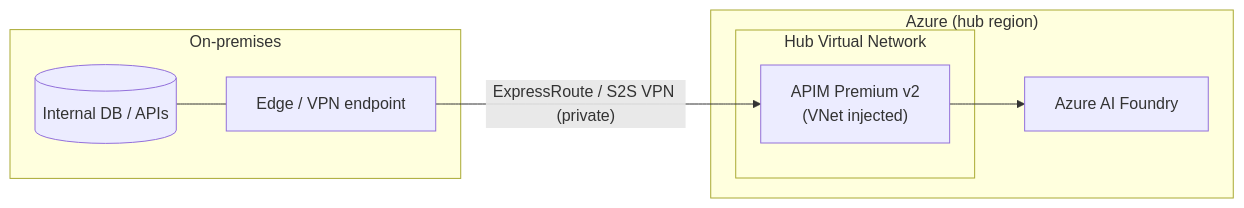
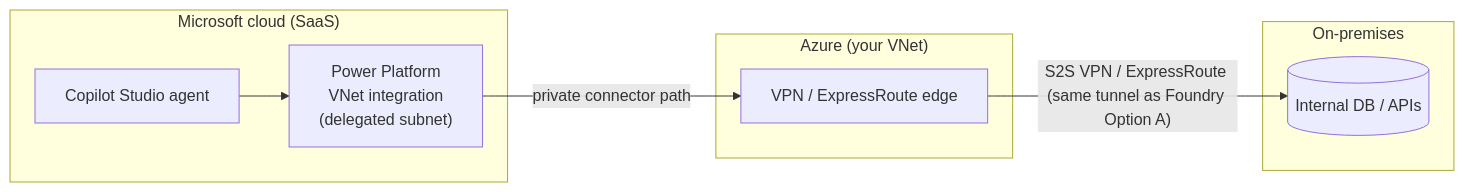
One commit to drewelewis/ai-hybrid-data-sources changed the fourth of 6 diagrams in README.md. Above: the diagram before and after it, drawn with Mermaid. The commit also changed other lines of this file and 6 other files, not shown here.

Commit message:
Rework README to platform-first (Foundry/Copilot) with options; APIM Premium v2 VNet-injected, remove test VM; add strongSwan guide updates

````diff
--- a/README.md
+++ b/README.md
@@ -209,18 +268,19 @@
 ```mermaid
 flowchart LR
+    subgraph M365["Microsoft cloud (SaaS)"]
+        CS["Copilot Studio agent"]
+        EP["Power Platform<br/>VNet integration<br/>(delegated subnet)"]
+        CS --> EP
+    end
+
+    subgraph Azure["Azure (your VNet)"]
+        Edge["VPN / ExpressRoute edge"]
+    end
+
     subgraph OnPrem["On-premises"]
         DB[(Internal DB / APIs)]
-        Edge["Edge / VPN endpoint"]
-        DB --- Edge
     end
 
-    subgraph Azure["Azure (hub region)"]
-        subgraph Hub["Hub Virtual Network"]
-            APIM["APIM Premium v2<br/>(VNet injected)"]
-        end
-        Foundry["Azure AI Foundry"]
-        APIM --> Foundry
-    end
-
-    Edge -- "ExpressRoute / S2S VPN (private)" --> APIM
+    EP -- "private connector path" --> Edge
+    Edge -- "S2S VPN / ExpressRoute (same tunnel as Foundry Option A)" --> DB
 ```
````
